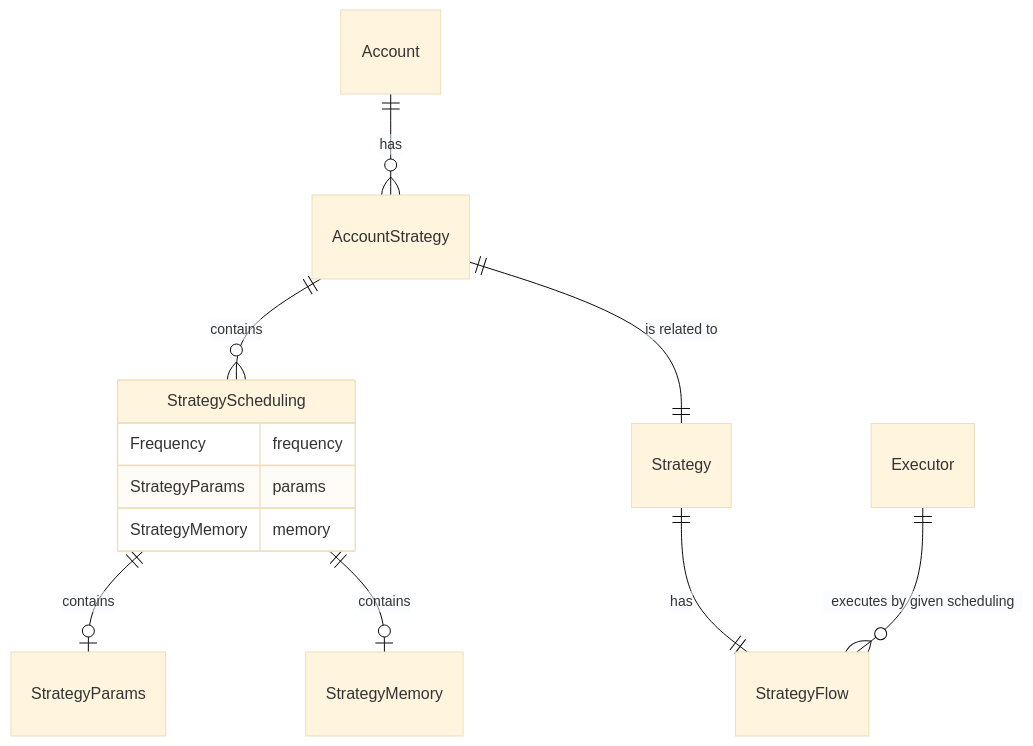
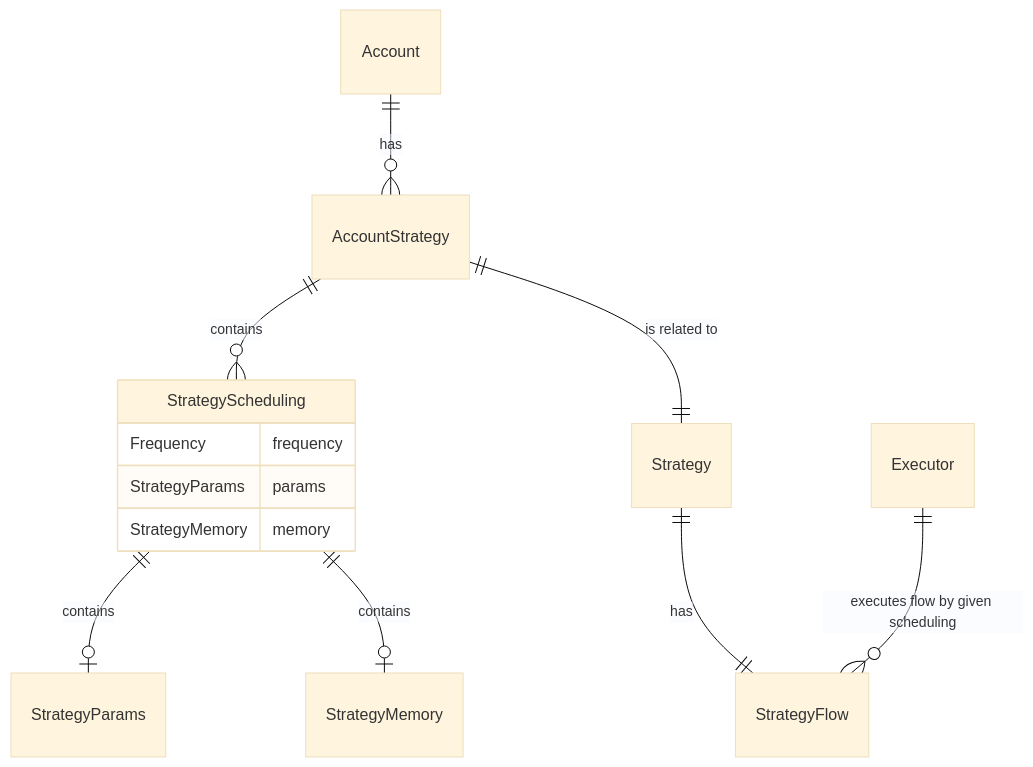
One commit to ggbot-org/ggbot changed the diagram in models/docs/entity-relationship.md. Above: the diagram before and after it, drawn with Mermaid (base theme). The commit also changed 1 other file, not shown here.

Commit message:
minor doc improvements

````diff
--- a/models/docs/entity-relationship.md
+++ b/models/docs/entity-relationship.md
@@ -5,15 +5,15 @@
 ```mermaid
 erDiagram
 	StrategyScheduling {
 		Frequency frequency
 		StrategyParams params
 		StrategyMemory memory
 	}
 	Account ||--o{ AccountStrategy: has
 	AccountStrategy ||--o{ StrategyScheduling: contains
 	AccountStrategy ||--|| Strategy: "is related to"
 	Strategy ||--|| StrategyFlow: "has"
 	StrategyScheduling ||--o| StrategyParams: "contains"
 	StrategyScheduling ||--o| StrategyMemory: "contains"
-	Executor ||--o{ StrategyFlow: "executes by given scheduling"
+	Executor ||--o{ StrategyFlow: "executes flow by given scheduling"
 ```
````
